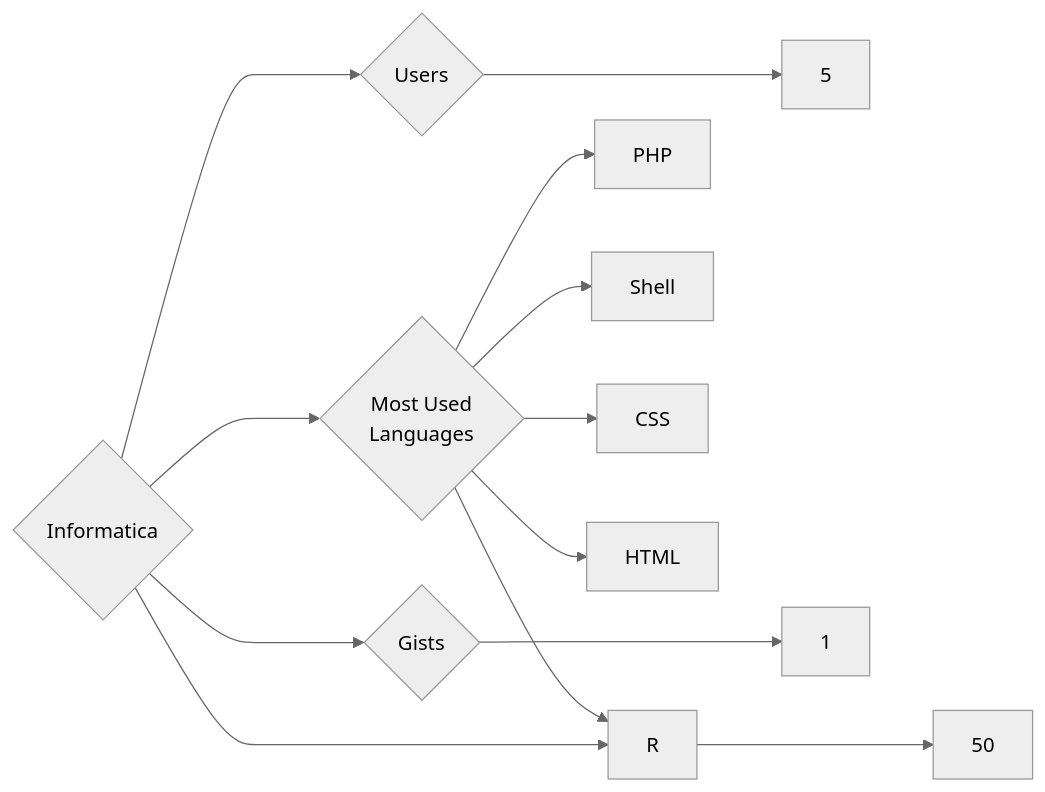
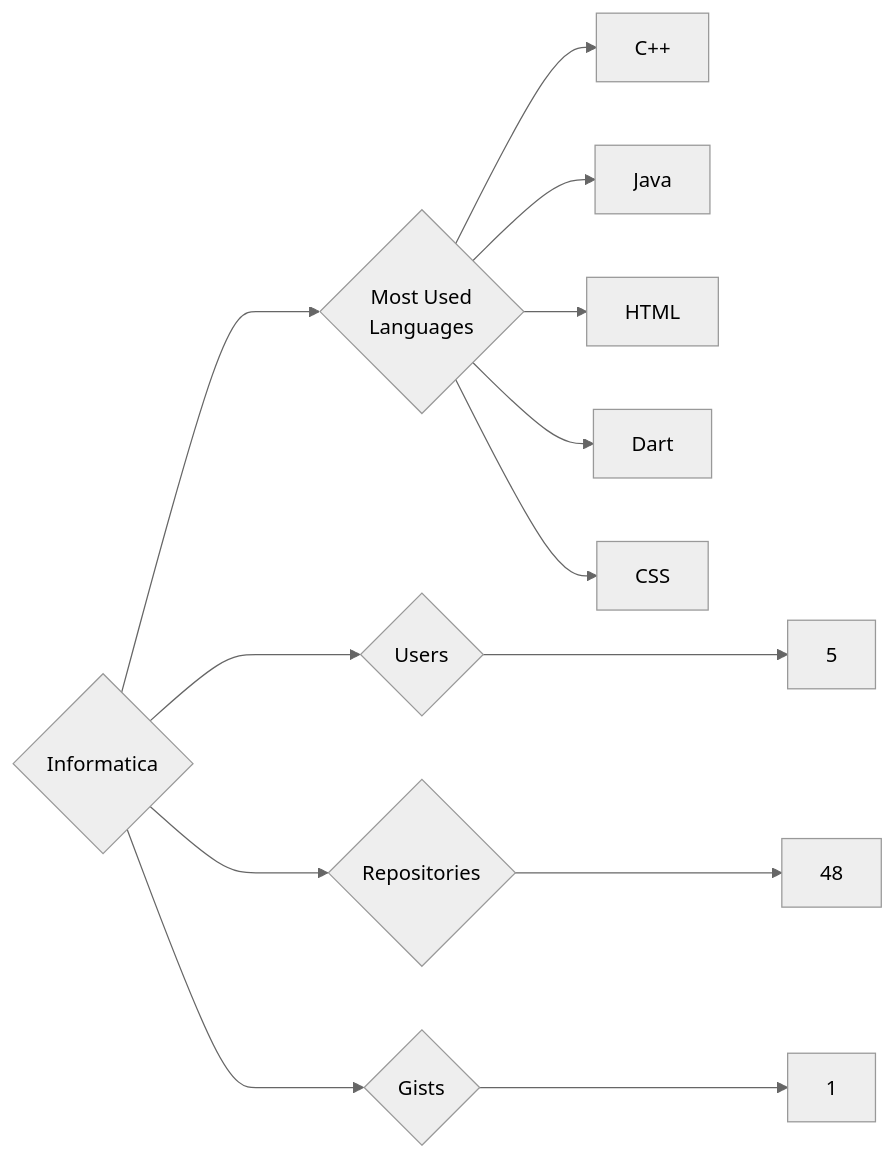
The diagram in targets/Informatica/README.md (trickest/insiders), drawn with Mermaid (neutral theme) before and after one commit. The commit also changed 1003 other files, not shown here.

````diff
--- a/targets/Informatica/README.md
+++ b/targets/Informatica/README.md
@@ -3,13 +3,13 @@
 ```mermaid
 graph LR
 COMPANY_NAME{Informatica}
 COMPANY_NAME ---> U{Users} ---> UN[5]
-COMPANY_NAME ---> R{Repositories} ---> RN[50]
+COMPANY_NAME ---> R{Repositories} ---> RN[48]
 COMPANY_NAME ---> G{Gists} ---> GN[1]
 COMPANY_NAME ---> ML{Most Used<br>Languages}
-ML --> PHP[PHP]
-ML --> Shell[Shell]
+ML --> C++[C++]
+ML --> Java[Java]
+ML --> HTML[HTML]
+ML --> Dart[Dart]
 ML --> CSS[CSS]
-ML --> HTML[HTML]
-ML --> R[R]
 ```
````
